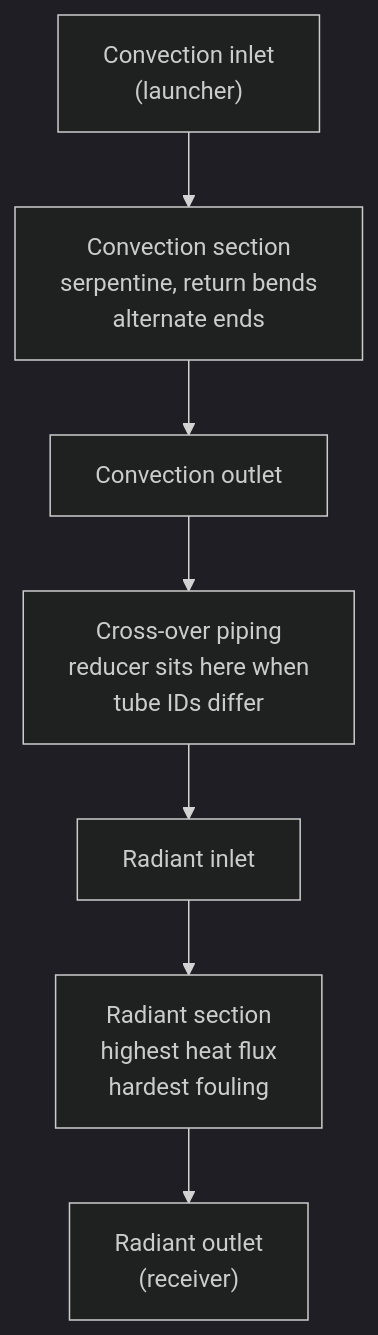
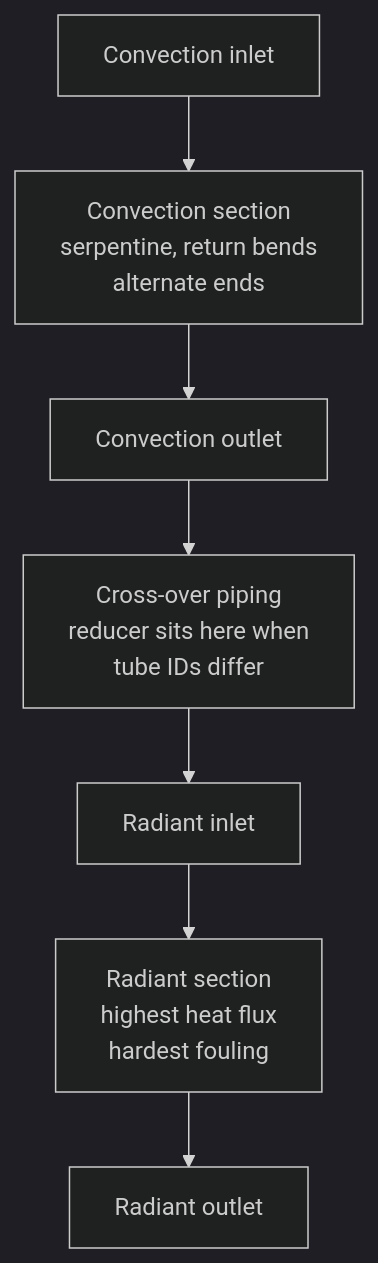
Before and after one commit to TheSkinz/obsidian-work: the diagram in 04-knowledge/manual/03-heater-and-coil-fundamentals.md, drawn with Mermaid (dark theme). The commit also changed 13 other files, not shown here.

````diff
--- a/04-knowledge/manual/03-heater-and-coil-fundamentals.md
+++ b/04-knowledge/manual/03-heater-and-coil-fundamentals.md
@@ -31,9 +31,9 @@
 ```mermaid
 flowchart TD
-    A["Convection inlet<br/>(launcher)"] --> B["Convection section<br/>serpentine, return bends<br/>alternate ends"]
+    A["Convection inlet"] --> B["Convection section<br/>serpentine, return bends<br/>alternate ends"]
     B --> C["Convection outlet"]
     C --> D["Cross-over piping<br/>reducer sits here when<br/>tube IDs differ"]
     D --> E["Radiant inlet"]
     E --> F["Radiant section<br/>highest heat flux<br/>hardest fouling"]
-    F --> G["Radiant outlet<br/>(receiver)"]
+    F --> G["Radiant outlet"]
 ```
````
